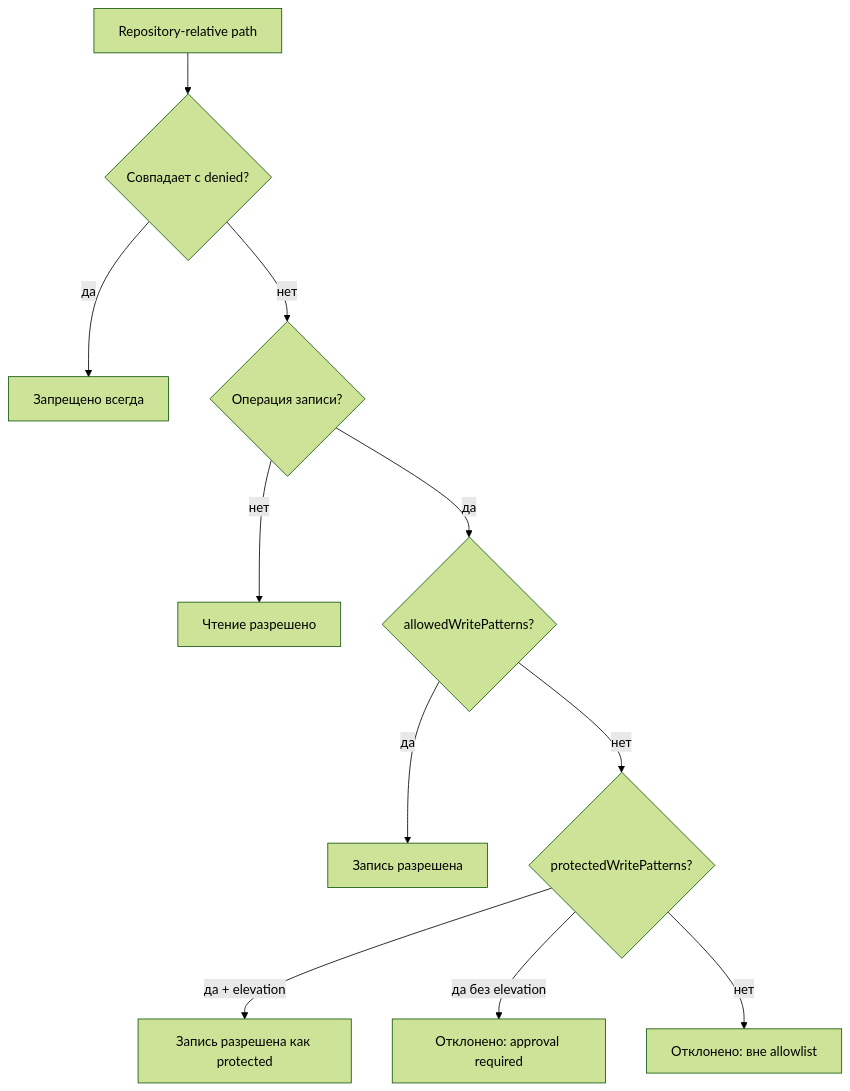
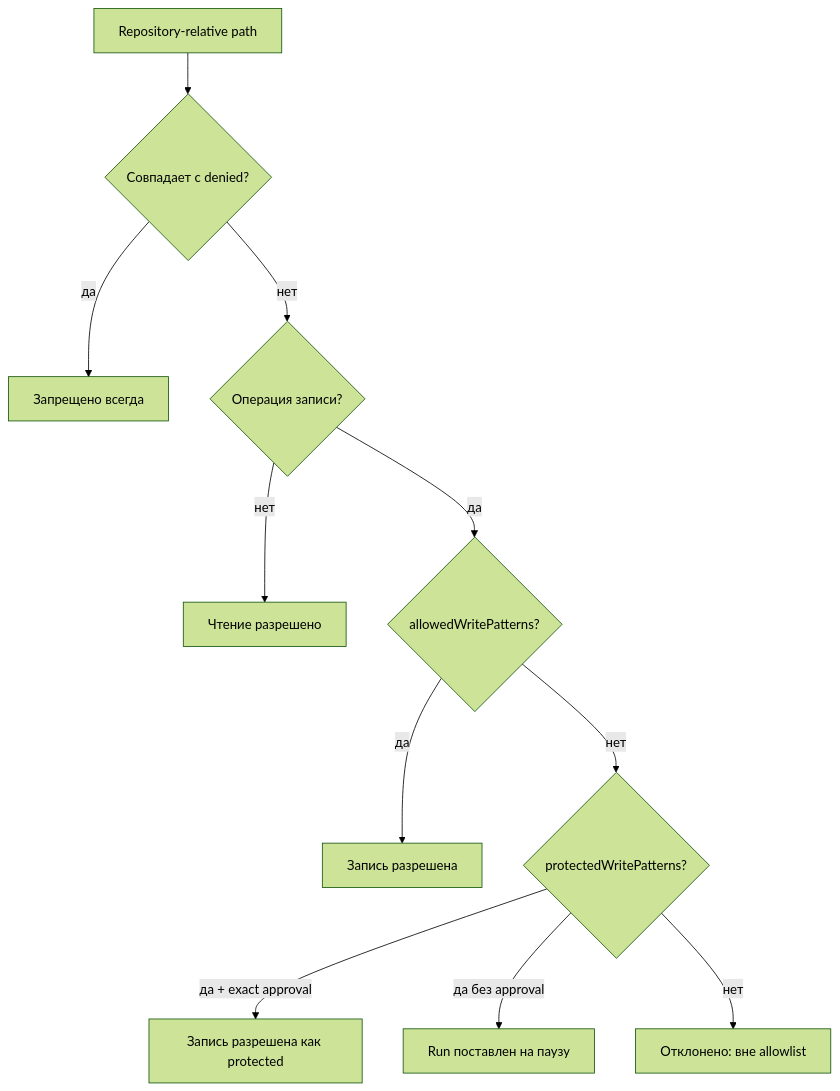
One commit to Vlodzimej/iona changed the second of 2 diagrams in docs/agent/tools-and-policy.md. Above: the diagram before and after it, drawn with Mermaid (forest theme). The commit also changed other lines of this file and 41 other files, not shown here.

````diff
--- a/docs/agent/tools-and-policy.md
+++ b/docs/agent/tools-and-policy.md
@@ -36,13 +36,13 @@
 ```mermaid
 flowchart TD
     P["Repository-relative path"] --> D{"Совпадает с denied?"}
     D -->|"да"| NO["Запрещено всегда"]
     D -->|"нет"| W{"Операция записи?"}
     W -->|"нет"| READ["Чтение разрешено"]
     W -->|"да"| A{"allowedWritePatterns?"}
     A -->|"да"| YES["Запись разрешена"]
     A -->|"нет"| PR{"protectedWritePatterns?"}
-    PR -->|"да + elevation"| ELEV["Запись разрешена как protected"]
-    PR -->|"да без elevation"| APPROVAL["Отклонено: approval required"]
+    PR -->|"да + exact approval"| ELEV["Запись разрешена как protected"]
+    PR -->|"да без approval"| APPROVAL["Run поставлен на паузу"]
     PR -->|"нет"| OUT["Отклонено: вне allowlist"]
 ```
````
